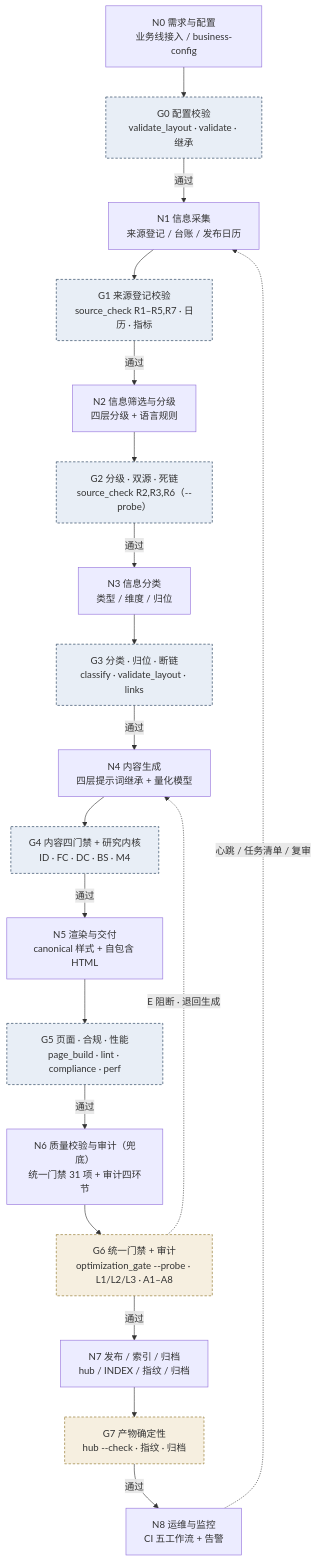
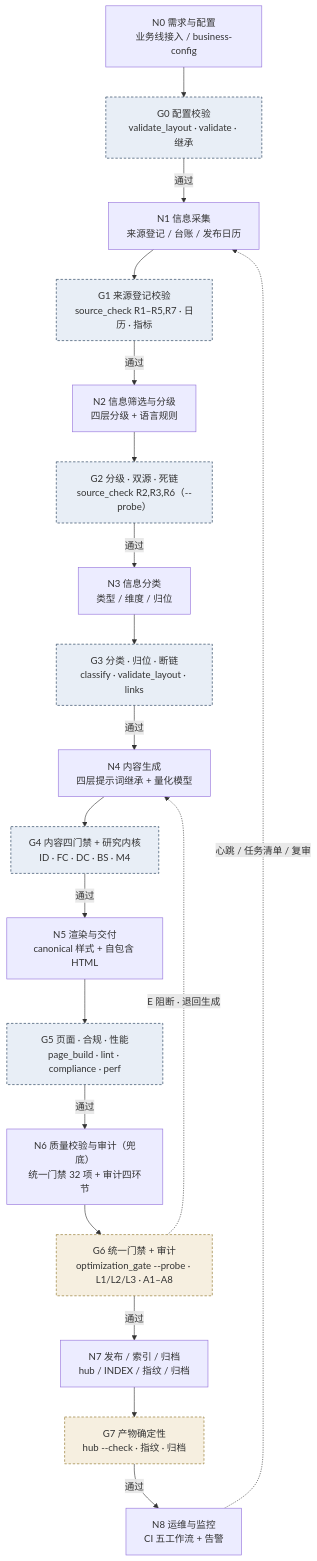
Before and after one commit to hmbphxkw76-byte/tech-context-digest: the first of 4 diagrams in engine/docs/report-pipeline-system.md, drawn with Mermaid. The commit also changed other lines of this file and 30 other files, not shown here.

````diff
--- a/engine/docs/report-pipeline-system.md
+++ b/engine/docs/report-pipeline-system.md
@@ -28,25 +28,25 @@
 ```mermaid
 flowchart TD
     N0["N0 需求与配置<br/>业务线接入 / business-config"] --> G0["G0 配置校验<br/>validate_layout · validate · 继承"]
     G0 -->|通过| N1["N1 信息采集<br/>来源登记 / 台账 / 发布日历"]
     N1 --> G1["G1 来源登记校验<br/>source_check R1–R5,R7 · 日历 · 指标"]
     G1 -->|通过| N2["N2 信息筛选与分级<br/>四层分级 + 语言规则"]
     N2 --> G2["G2 分级 · 双源 · 死链<br/>source_check R2,R3,R6（--probe）"]
     G2 -->|通过| N3["N3 信息分类<br/>类型 / 维度 / 归位"]
     N3 --> G3["G3 分类 · 归位 · 断链<br/>classify · validate_layout · links"]
     G3 -->|通过| N4["N4 内容生成<br/>四层提示词继承 + 量化模型"]
     N4 --> G4["G4 内容四门禁 + 研究内核<br/>ID · FC · DC · BS · M4"]
     G4 -->|通过| N5["N5 渲染与交付<br/>canonical 样式 + 自包含 HTML"]
     N5 --> G5["G5 页面 · 合规 · 性能<br/>page_build · lint · compliance · perf"]
-    G5 -->|通过| N6["N6 质量校验与审计（兜底）<br/>统一门禁 31 项 + 审计四环节"]
+    G5 -->|通过| N6["N6 质量校验与审计（兜底）<br/>统一门禁 32 项 + 审计四环节"]
     N6 --> G6["G6 统一门禁 + 审计<br/>optimization_gate --probe · L1/L2/L3 · A1–A8"]
     G6 -->|通过| N7["N7 发布 / 索引 / 归档<br/>hub / INDEX / 指纹 / 归档"]
     N7 --> G7["G7 产物确定性<br/>hub --check · 指纹 · 归档"]
     G7 -->|通过| N8["N8 运维与监控<br/>CI 五工作流 + 告警"]
     N8 -. "心跳 / 任务清单 / 复审" .-> N1
     G6 -. "E 阻断 · 退回生成" .-> N4
     classDef shift fill:#e8eef6,stroke:#16324f,stroke-dasharray:4 3;
     classDef backstop fill:#f6efe0,stroke:#8a6d1f,stroke-dasharray:4 3;
     class G0,G1,G2,G3,G4,G5 shift;
     class G6,G7,G8 backstop;
 ```
````
